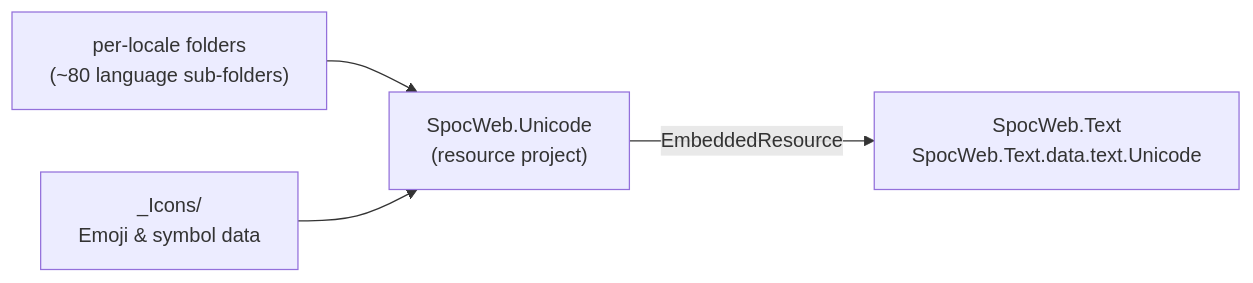
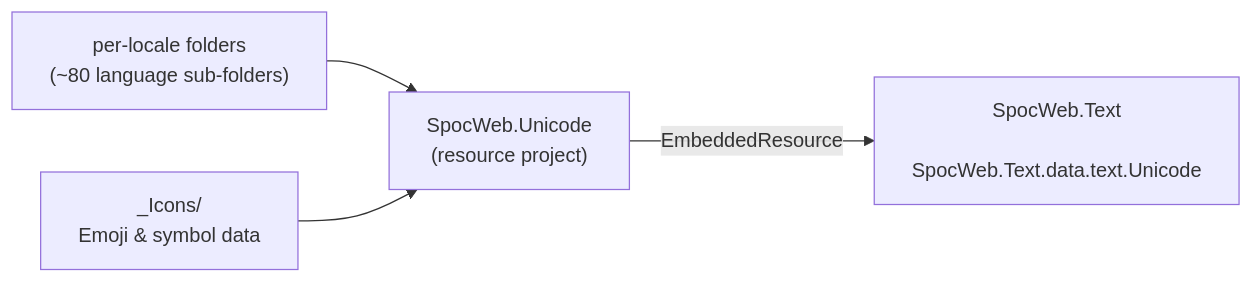
The diagram in ReadMe.md (SpocWeb/SpocWeb.Unicode), drawn with Mermaid before and after one commit.

Commit message:
auto-commit

````diff
--- a/ReadMe.md
+++ b/ReadMe.md
@@ -21,11 +21,15 @@
 ```mermaid
 flowchart LR
-  unicode["SpocWeb.Unicode\n(resource project)"]
-  text["SpocWeb.Text\nSpocWeb.Text.data.text.Unicode"]
-  locales["per-locale folders\n(~80 language sub-folders)"]
-  icons["_Icons/\nEmoji & symbol data"]
+  unicode["SpocWeb.Unicode
+    (resource project)"]
+  text["SpocWeb.Text
+    SpocWeb.Text.data.text.Unicode"]
+  locales["per-locale folders
+    (~80 language sub-folders)"]
+  icons["_Icons/
+    Emoji & symbol data"]
 
   locales --> unicode
   icons --> unicode
   unicode -->|"EmbeddedResource"| text
 ```
````
